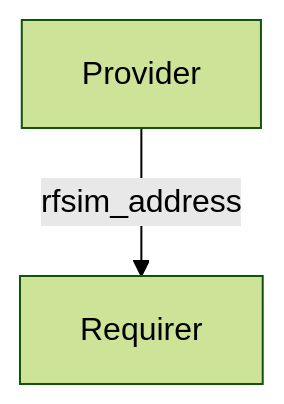
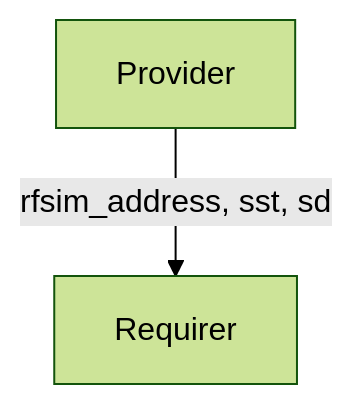
Before and after one commit to canonical/charm-relation-interfaces: the diagram in interfaces/fiveg_rfsim/v0/README.md, drawn with Mermaid (forest theme). The commit also changed other lines of this file and 2 other files, not shown here.

First line of the commit message:
feat: Extend fiveg_rfsim interface (#202)

````diff
--- a/interfaces/fiveg_rfsim/v0/README.md
+++ b/interfaces/fiveg_rfsim/v0/README.md
@@ -13,4 +13,4 @@
 ```mermaid
 flowchart TD
-    Provider -- rfsim_address --> Requirer
+    Provider -- rfsim_address, sst, sd --> Requirer
 ```
````
